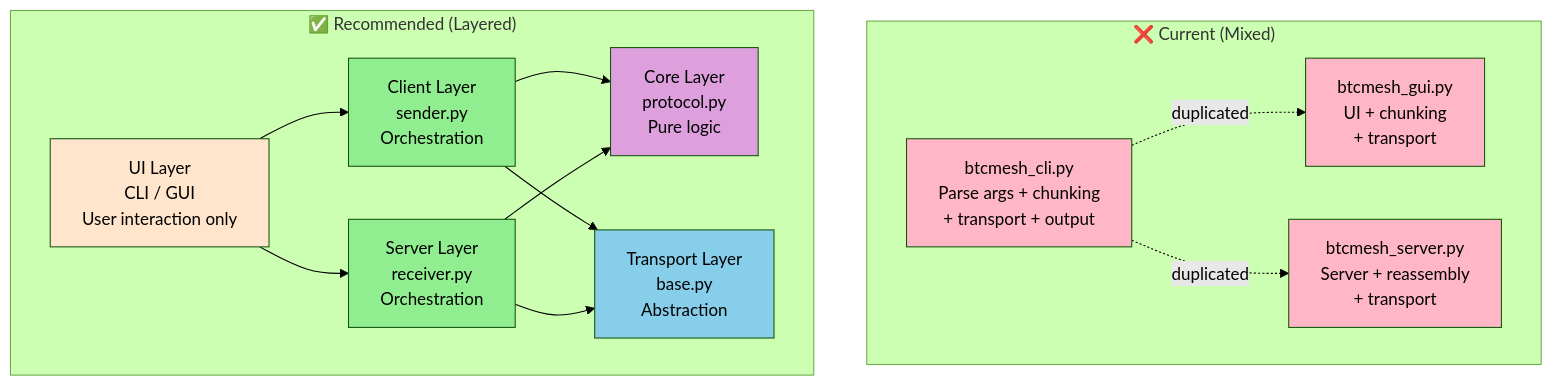
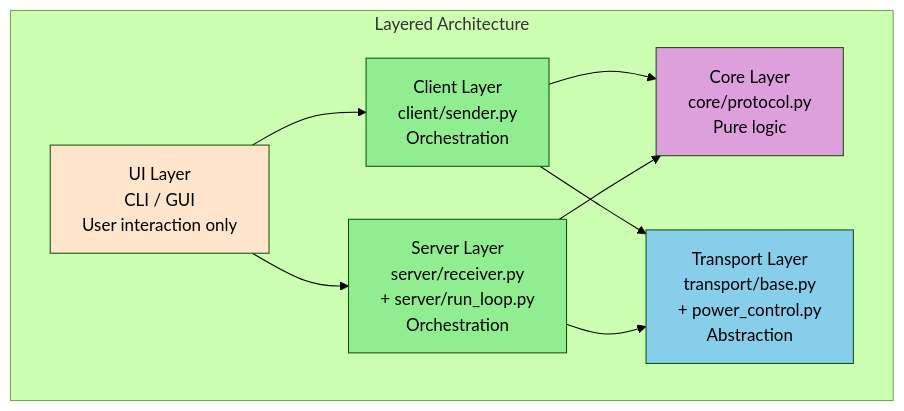
One commit to steefst33f/btcmesh changed the first of 5 diagrams in project/architecture.md. Above: the diagram before and after it, drawn with Mermaid (forest theme). The commit also changed other lines of this file and 3 other files, not shown here.

````diff
--- a/project/architecture.md
+++ b/project/architecture.md
@@ -35,36 +25,23 @@
 ```mermaid
 graph TB
-    subgraph CURRENT["❌ Current (Mixed)"]
-        CLI["btcmesh_cli.py<br/>Parse args + chunking<br/>+ transport + output"]
-        GUI["btcmesh_gui.py<br/>UI + chunking<br/>+ transport"]
-        SERVER["btcmesh_server.py<br/>Server + reassembly<br/>+ transport"]
-
-        CLI -.->|duplicated| GUI
-        CLI -.->|duplicated| SERVER
-    end
-
-    subgraph RECOMMENDED["✅ Recommended (Layered)"]
+    subgraph LAYERED["Layered Architecture"]
         UI2["UI Layer<br/>CLI / GUI<br/>User interaction only"]
-        CLIENT2["Client Layer<br/>sender.py<br/>Orchestration"]
-        SERVER2["Server Layer<br/>receiver.py<br/>Orchestration"]
-        CORE2["Core Layer<br/>protocol.py<br/>Pure logic"]
-        TRANSPORT2["Transport Layer<br/>base.py<br/>Abstraction"]
+        CLIENT2["Client Layer<br/>client/sender.py<br/>Orchestration"]
+        SERVER2["Server Layer<br/>server/receiver.py<br/>+ server/run_loop.py<br/>Orchestration"]
+        CORE2["Core Layer<br/>core/protocol.py<br/>Pure logic"]
+        TRANSPORT2["Transport Layer<br/>transport/base.py<br/>+ power_control.py<br/>Abstraction"]
 
         UI2 --> CLIENT2
         UI2 --> SERVER2
         CLIENT2 --> CORE2
         SERVER2 --> CORE2
         CLIENT2 --> TRANSPORT2
         SERVER2 --> TRANSPORT2
     end
 
-    style CLI fill:#FFB6C6,color:#000
-    style GUI fill:#FFB6C6,color:#000
-    style SERVER fill:#FFB6C6,color:#000
-
     style UI2 fill:#FFE5CC,color:#000
     style CLIENT2 fill:#90EE90,color:#000
     style SERVER2 fill:#90EE90,color:#000
     style CORE2 fill:#DDA0DD,color:#000
     style TRANSPORT2 fill:#87CEEB,color:#000
 ```
````
